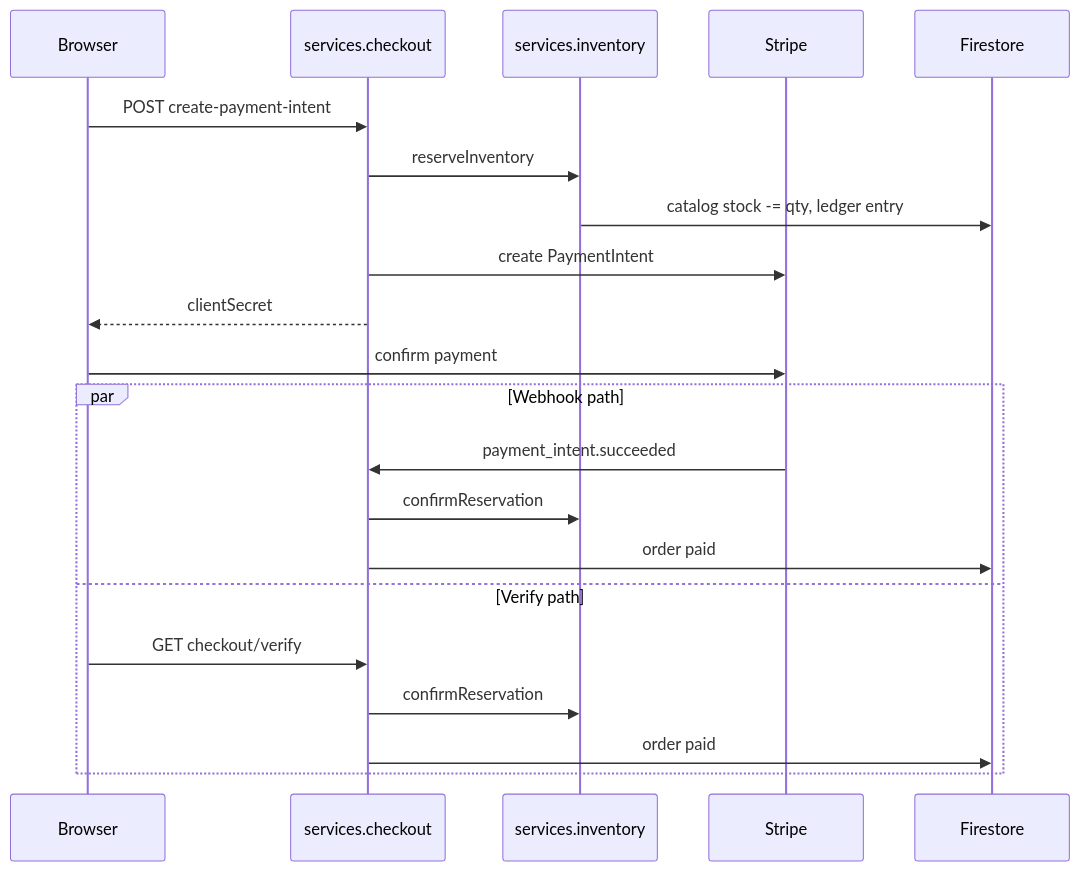
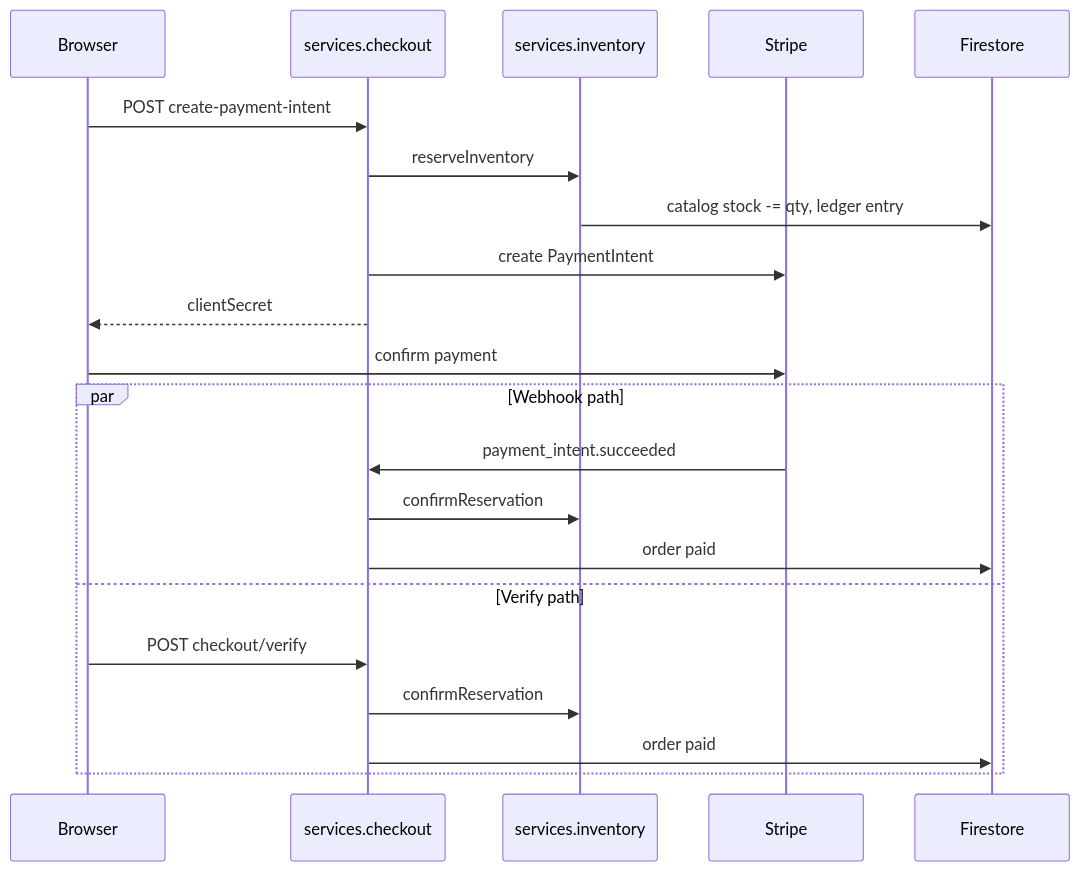
Before and after one commit to CardSorting/shop-printer: the diagram in docs/onboarding.md, drawn with Mermaid. The commit also changed other lines of this file and 169 other files, not shown here.

Commit message:
feat: fix cart flow

````diff
--- a/docs/onboarding.md
+++ b/docs/onboarding.md
@@ -155,24 +157,24 @@
 ```mermaid
 sequenceDiagram
   participant Browser
   participant Checkout as services.checkout
   participant Inventory as services.inventory
   participant Stripe
   participant Firestore
 
   Browser->>Checkout: POST create-payment-intent
   Checkout->>Inventory: reserveInventory
   Inventory->>Firestore: catalog stock -= qty, ledger entry
   Checkout->>Stripe: create PaymentIntent
   Checkout-->>Browser: clientSecret
   Browser->>Stripe: confirm payment
   par Webhook path
     Stripe->>Checkout: payment_intent.succeeded
     Checkout->>Inventory: confirmReservation
     Checkout->>Firestore: order paid
   and Verify path
-    Browser->>Checkout: GET checkout/verify
+    Browser->>Checkout: POST checkout/verify
     Checkout->>Inventory: confirmReservation
     Checkout->>Firestore: order paid
   end
 ```
````
